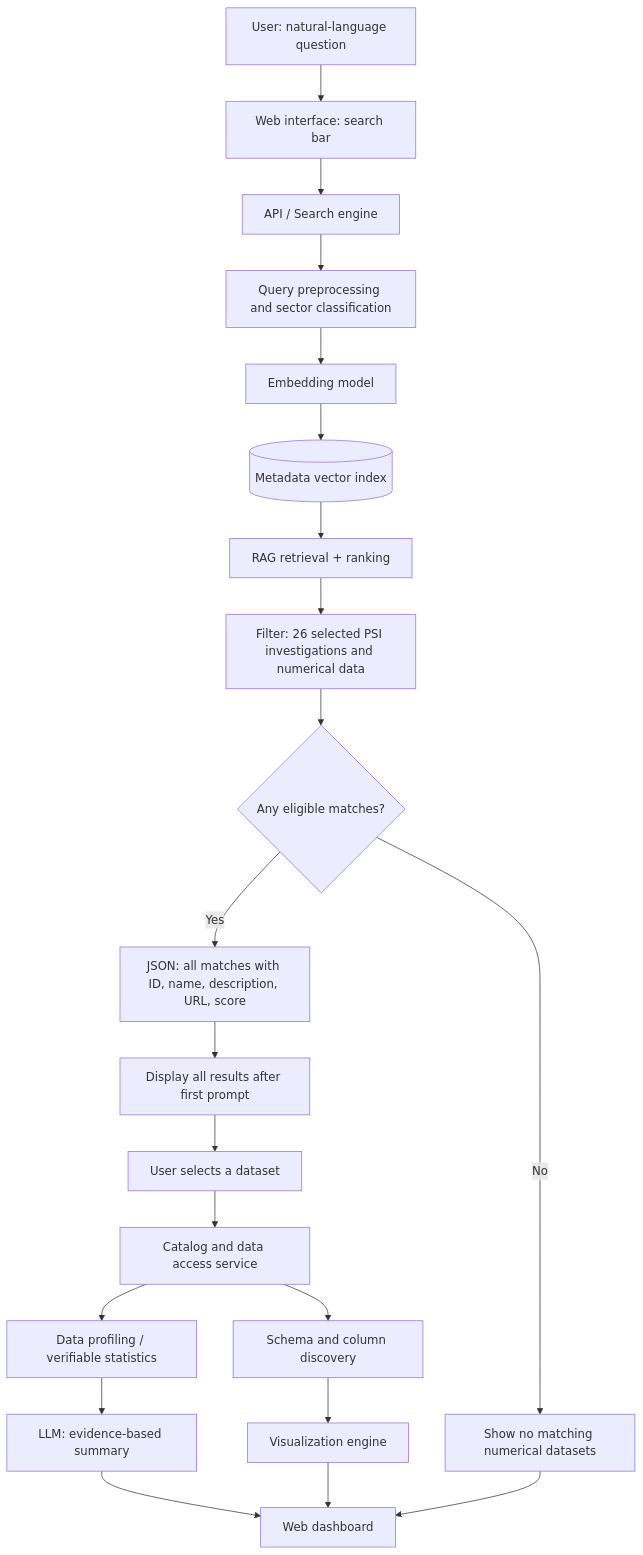
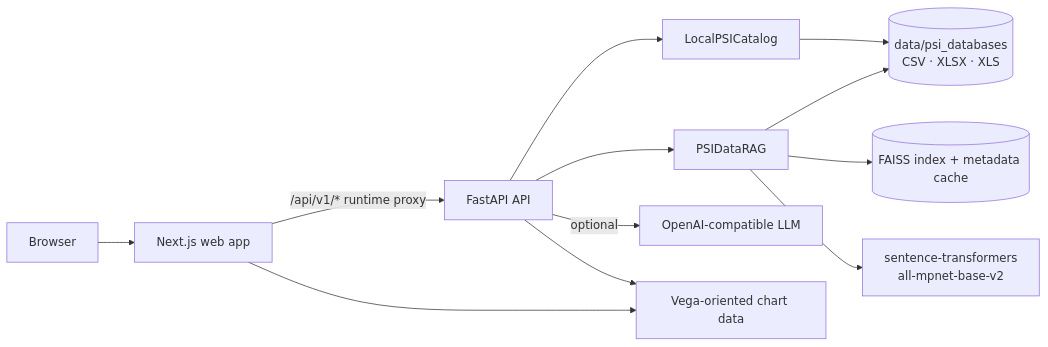
One commit to Marcos0526/Codigo-Enigma-SAC changed the diagram in README.md. Above: the diagram before and after it, drawn with Mermaid. The commit also changed other lines of this file and 8 other files, not shown here.

````diff
--- a/README.md
+++ b/README.md
@@ -34,23 +52,14 @@
 ```mermaid
-flowchart TD
-    A[User: natural-language question] --> B[Web interface: search bar]
-    B --> C[API / Search engine]
-    C --> D[Query preprocessing and sector classification]
-    D --> E[Embedding model]
-    E --> F[(Metadata vector index)]
-    F --> G[RAG retrieval + ranking]
-    G --> H[Filter: 26 selected PSI investigations and numerical data]
-    H --> I{Any eligible matches?}
-    I -- No --> Q[Show no matching numerical datasets]
-    I -- Yes --> J[JSON: all matches with ID, name, description, URL, score]
-    J --> R[Display all results after first prompt]
-    R --> S[User selects a dataset]
-    S --> K[Catalog and data access service]
-    K --> L[Data profiling / verifiable statistics]
-    L --> M[LLM: evidence-based summary]
-    K --> N[Schema and column discovery]
-    N --> O[Visualization engine]
-    M --> P[Web dashboard]
-    O --> P
-    Q --> P
+flowchart LR
+    U[Browser] --> W[Next.js web app]
+    W -->|/api/v1/* runtime proxy| A[FastAPI API]
+    A --> C[LocalPSICatalog]
+    A --> R[PSIDataRAG]
+    C --> D[(data/psi_databases\nCSV · XLSX · XLS)]
+    R --> D
+    R --> F[(FAISS index + metadata cache)]
+    R --> E[sentence-transformers\nall-mpnet-base-v2]
+    A -->|optional| L[OpenAI-compatible LLM]
+    A --> V[Vega-oriented chart data]
+    W --> V
 ```
````
